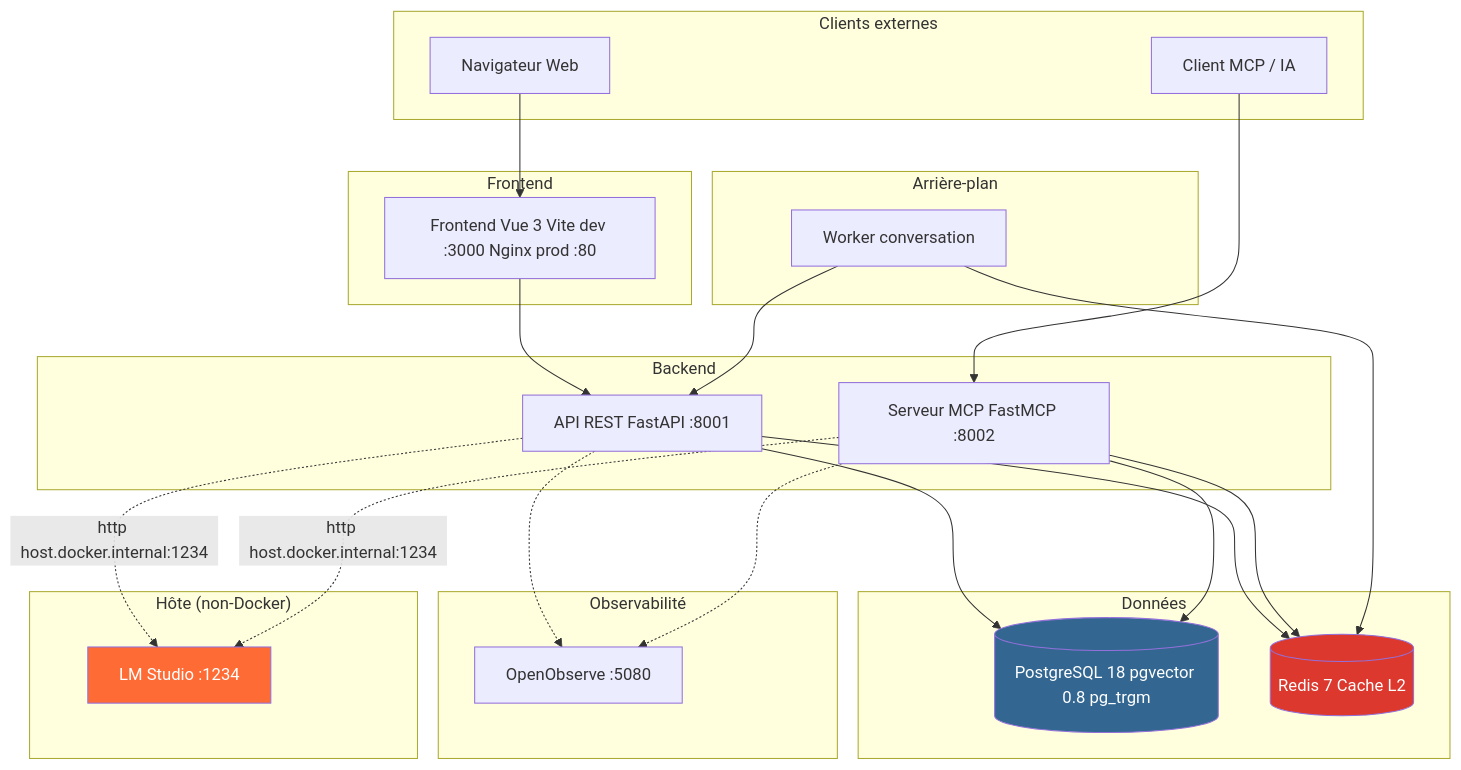
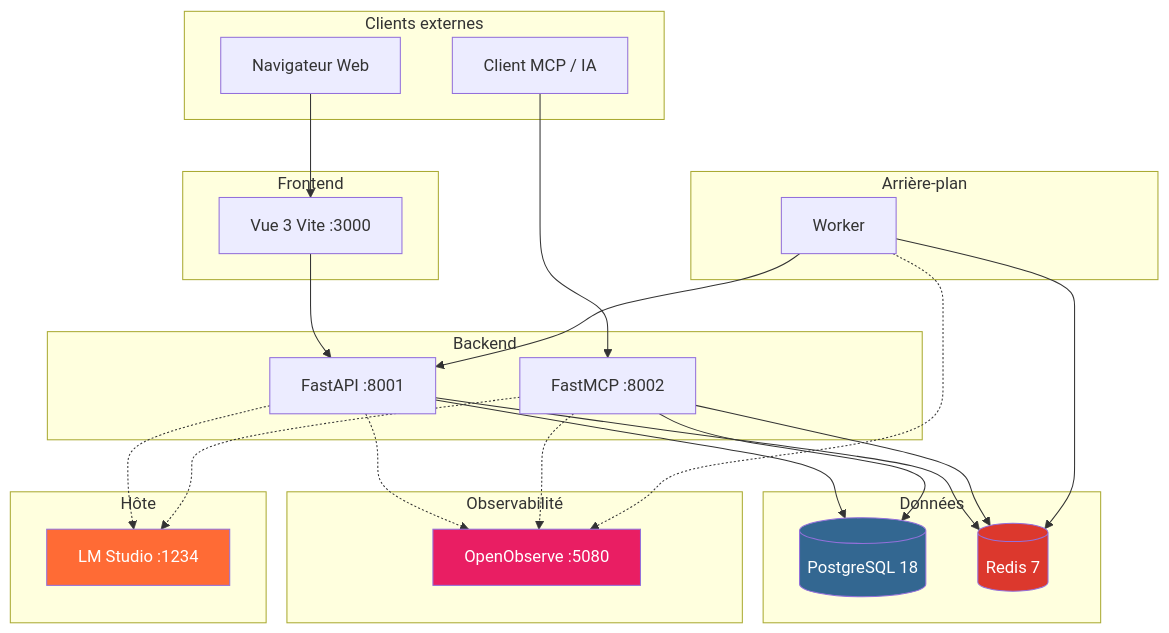
One commit to giak/mnemo-lite changed the first of 11 diagrams in docs/ARCHITECTURE.md. Above: the diagram before and after it, drawn with Mermaid. The commit also changed other lines of this file, not shown here.

First line of the commit message:
docs: improve all Mermaid diagrams in ARCHITECTURE.md

````diff
--- a/docs/ARCHITECTURE.md
+++ b/docs/ARCHITECTURE.md
@@ -9,51 +9,53 @@
 ```mermaid
 graph TB
     subgraph "Clients externes"
         Browser[Navigateur Web]
         Claude[Client MCP / IA]
     end
 
     subgraph "Frontend"
-        FE[Frontend Vue 3 Vite dev :3000 Nginx prod :80]
+        FE[Vue 3 Vite :3000]
     end
 
     subgraph "Backend"
-        API[API REST FastAPI :8001]
-        MCP[Serveur MCP FastMCP :8002]
+        API[FastAPI :8001]
+        MCP[FastMCP :8002]
     end
 
     subgraph "Données"
-        PG[(PostgreSQL 18 pgvector 0.8 pg_trgm)]
-        Redis[(Redis 7 Cache L2)]
+        PG[(PostgreSQL 18)]
+        Redis[(Redis 7)]
     end
 
     subgraph "Arrière-plan"
-        Worker[Worker conversation]
+        Worker[Worker]
     end
 
     subgraph "Observabilité"
         OObserve[OpenObserve :5080]
     end
 
-    subgraph "Hôte (non-Docker)"
+    subgraph "Hôte"
         LMStudio[LM Studio :1234]
     end
 
     Browser --> FE
     FE --> API
     Claude --> MCP
     API --> PG
     API --> Redis
     MCP --> PG
     MCP --> Redis
     Worker --> Redis
     Worker --> API
     API -.-> OObserve
     MCP -.-> OObserve
-    API -.->|http host.docker.internal:1234| LMStudio
-    MCP -.->|http host.docker.internal:1234| LMStudio
+    Worker -.-> OObserve
+    API -.-> LMStudio
+    MCP -.-> LMStudio
 
     style PG fill:#336791,color:#fff
     style Redis fill:#DC382D,color:#fff
     style LMStudio fill:#FF6B35,color:#fff
+    style OObserve fill:#E91E63,color:#fff
 ```
````
